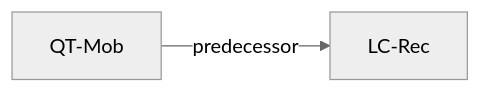
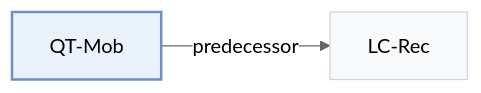
Before and after one commit to Galaxy-ghost/Awesome-SID-Generative-Rec: the second of 2 diagrams in pages/papers/qt-mob.md, drawn with Mermaid (neutral theme). The commit also changed other lines of this file and 649 other files, not shown here.

Commit message:
writer-05: also tags and modality index (schema, check, build, visuals); summary field removed; calibration data for 12 papers

````diff
--- a/pages/papers/qt-mob.md
+++ b/pages/papers/qt-mob.md
@@ -68,5 +74,9 @@
 ```mermaid
 flowchart LR
     P["QT-Mob"]
-    P -->|predecessor| A["LC-Rec"]
+    P -->|"predecessor"| A["LC-Rec"]
+    classDef main fill:#eaf2fb,stroke:#6b8fc7,stroke-width:2px
+    classDef peer fill:#f8fafc,stroke:#cbd5e1
+    class P main
+    class A peer
 ```
````
